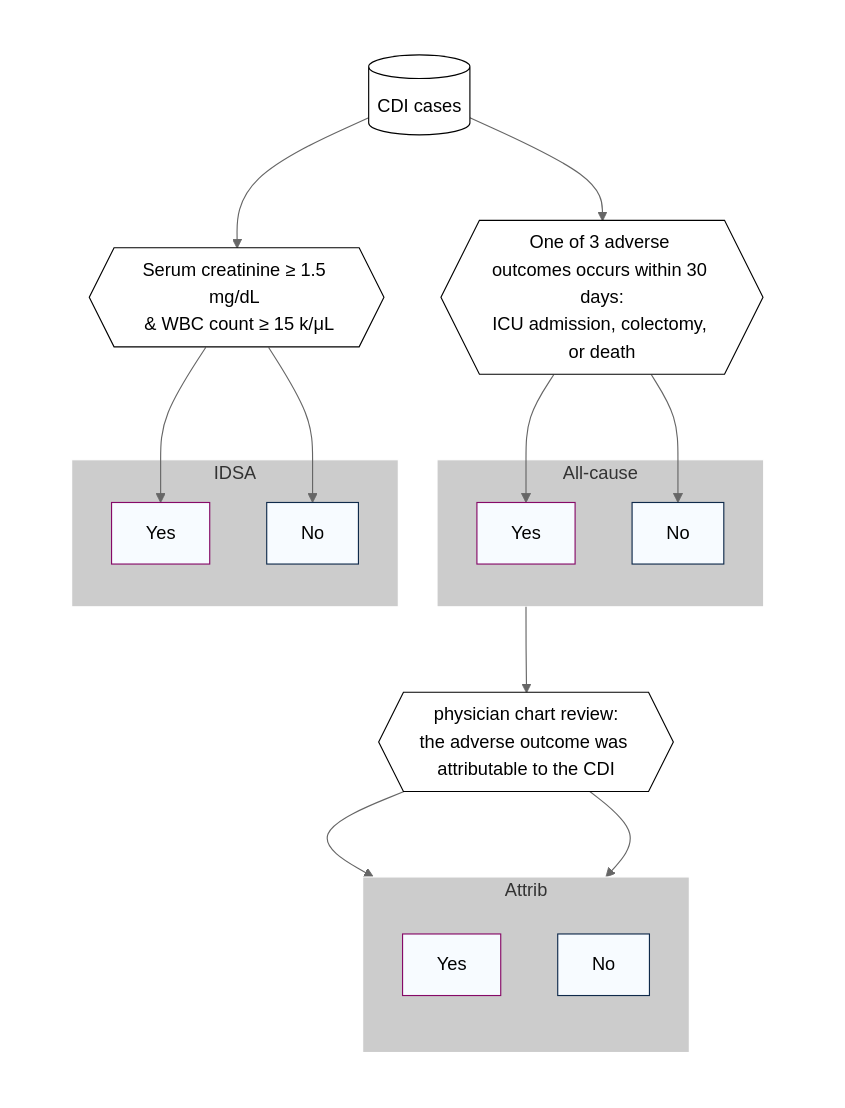
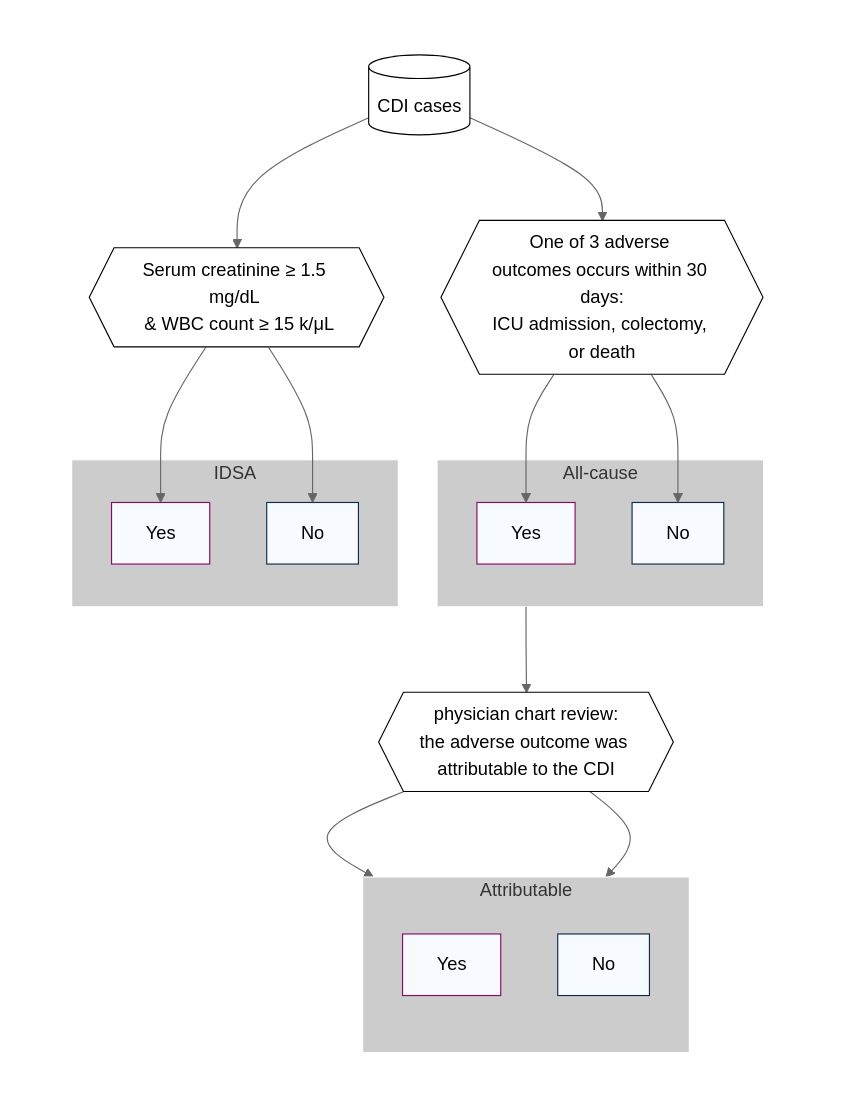
The diagram in workflow/scripts/mermaid/severity_flowchart.mmd (SchlossLab/severe-CDI), drawn with Mermaid (neutral theme) before and after one commit. The commit also changed 18 other files, not shown here.

Commit message:
Switch 'attrib' to 'attributable' everywhere

```diff
--- a/workflow/scripts/mermaid/severity_flowchart.mmd
+++ b/workflow/scripts/mermaid/severity_flowchart.mmd
@@ -1,42 +1,42 @@
 flowchart TB
     classDef outcome_yes fill:#F7FBFF,stroke:#860967
     classDef outcome_no fill:#F7FBFF,stroke:#0F2A4B
     classDef decision fill:#FFFFFF,stroke:#000000
     subgraph invis1
         direction TB
 
         cases[(CDI cases)]:::decision
 
         idsa_lab{{"Serum creatinine ≥ 1.5 mg/dL \n & WBC count ≥ 15 k/μL"}}:::decision
         idsa_lab --> yes_idsa
         idsa_lab --> no_idsa
         subgraph IDSA
             yes_idsa[Yes]:::outcome_yes
             no_idsa[No]:::outcome_no
         end
 
         unattrib{{One of 3 adverse outcomes occurs within 30 days:\nICU admission, colectomy, or death}}:::decision
         unattrib --> yes_un
         unattrib --> no_un
         subgraph All-cause
             yes_un[Yes]:::outcome_yes
             no_un[No]:::outcome_no
         end
         All-cause --> chart
 
         chart{{physician chart review:\nthe adverse outcome was attributable to the CDI}}:::decision
         chart --> yes_at
         chart --> no_at
-        subgraph attrib[Attrib]
+        subgraph attrib[Attributable]
             direction TB
             yes_at[Yes]:::outcome_yes
             no_at[No]:::outcome_no
         end
 
         cases --> unattrib
         cases --> idsa_lab
     end
     style invis1 fill:#FFFFFF,stroke:#FFFFFF,color:#FFFFFF
     style IDSA fill:#CCCCCC,stroke:#FFFFFF
     style attrib fill:#CCCCCC,stroke:#FFFFFF
     style All-cause fill:#CCCCCC,stroke:#FFFFFF
```
